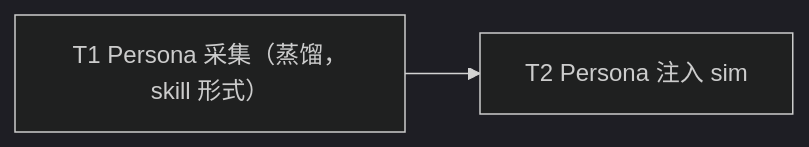
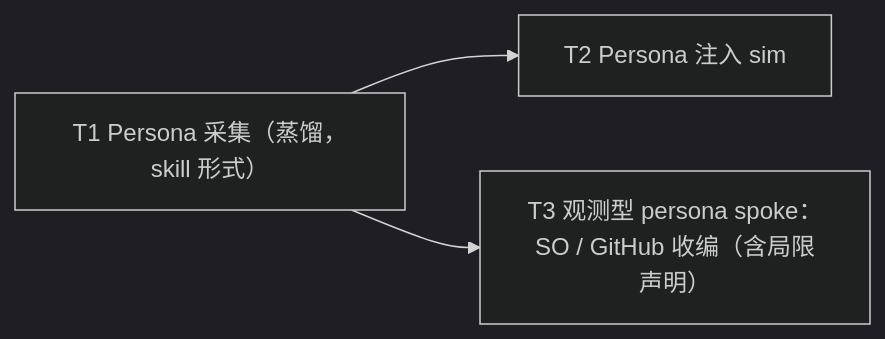
One commit to Curry09/AHE-Beta changed the ninth of 20 diagrams in docs/specs/OVERVIEW.md. Above: the diagram before and after it, drawn with Mermaid (dark theme). The commit also changed other lines of this file and 10 other files, not shown here.

First line of the commit message:
spec(0006): 收编 SO/GitHub 观测型 persona spoke（含局限声明）

````diff
--- a/docs/specs/OVERVIEW.md
+++ b/docs/specs/OVERVIEW.md
@@ -888,6 +903,8 @@
 ```mermaid
 graph LR
     nT1["T1 Persona 采集（蒸馏，skill 形式）"]
     nT2["T2 Persona 注入 sim"]
+    nT3["T3 观测型 persona spoke：SO / GitHub 收编（含局限声明）"]
     nT1 --> nT2
+    nT1 --> nT3
 ```
````
